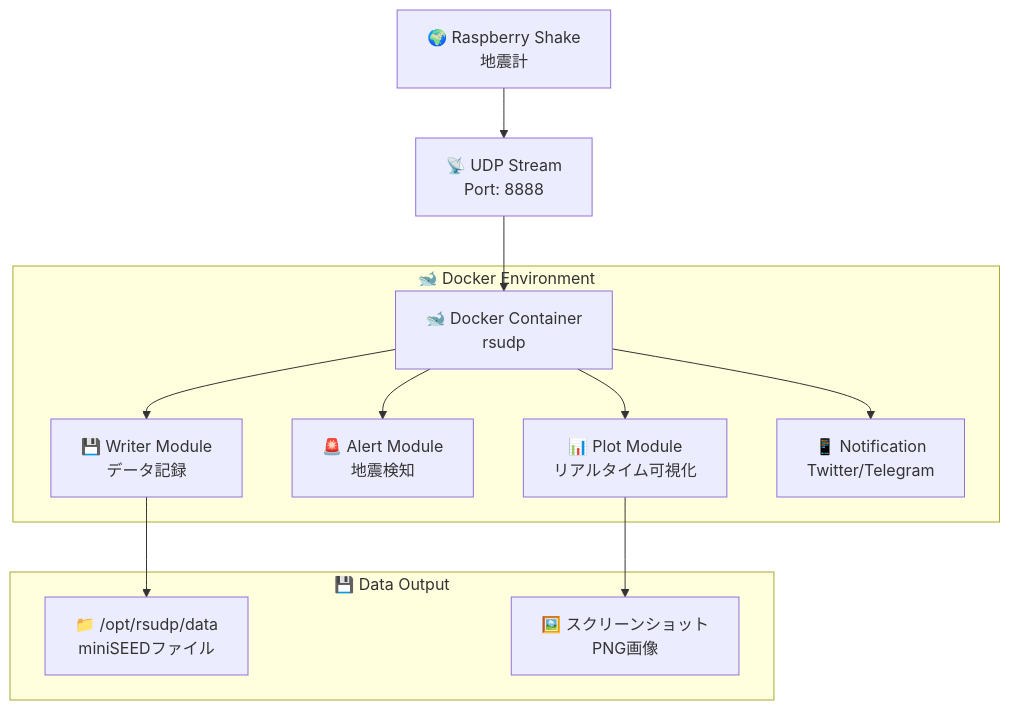
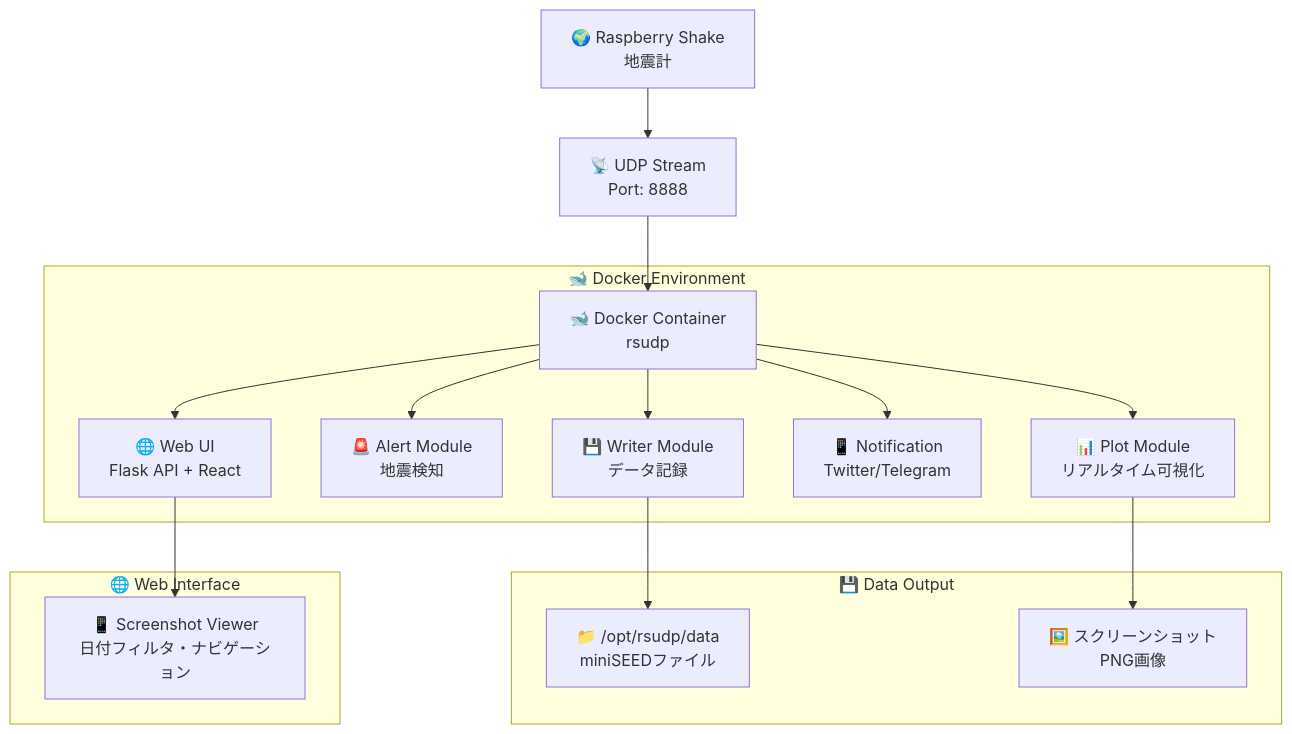
Before and after one commit to kimata/rsudp: the diagram in README.md, drawn with Mermaid. The commit also changed other lines of this file, not shown here.

````diff
--- a/README.md
+++ b/README.md
@@ -45,25 +46,32 @@
 ```mermaid
 flowchart TD
     RS[🌍 Raspberry Shake<br/>地震計] --> UDP[📡 UDP Stream<br/>Port: 8888]
     UDP --> DC[🐋 Docker Container<br/>rsudp]
     DC --> PLOT[📊 Plot Module<br/>リアルタイム可視化]
     DC --> ALERT[🚨 Alert Module<br/>地震検知]
     DC --> WRITE[💾 Writer Module<br/>データ記録]
     DC --> NOTIF[📱 Notification<br/>Twitter/Telegram]
+    DC --> WEBUI[🌐 Web UI<br/>Flask API + React]
 
     WRITE --> OUTPUT[📁 /opt/rsudp/data<br/>miniSEEDファイル]
     PLOT --> IMGS[🖼️ スクリーンショット<br/>PNG画像]
+    WEBUI --> VIEWER[📱 Screenshot Viewer<br/>日付フィルタ・ナビゲーション]
 
     subgraph "🐋 Docker Environment"
         DC
         PLOT
         ALERT
         WRITE
         NOTIF
+        WEBUI
     end
 
     subgraph "💾 Data Output"
         OUTPUT
         IMGS
     end
+
+    subgraph "🌐 Web Interface"
+        VIEWER
+    end
 ```
````
